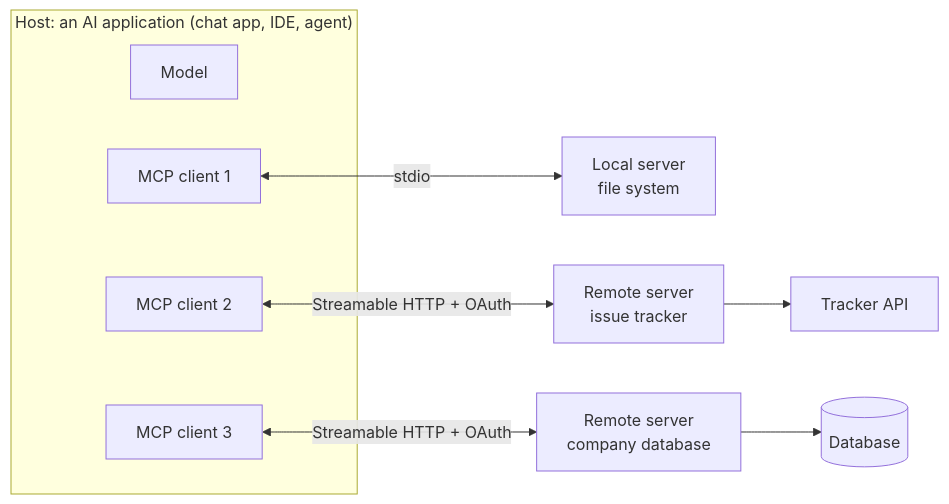
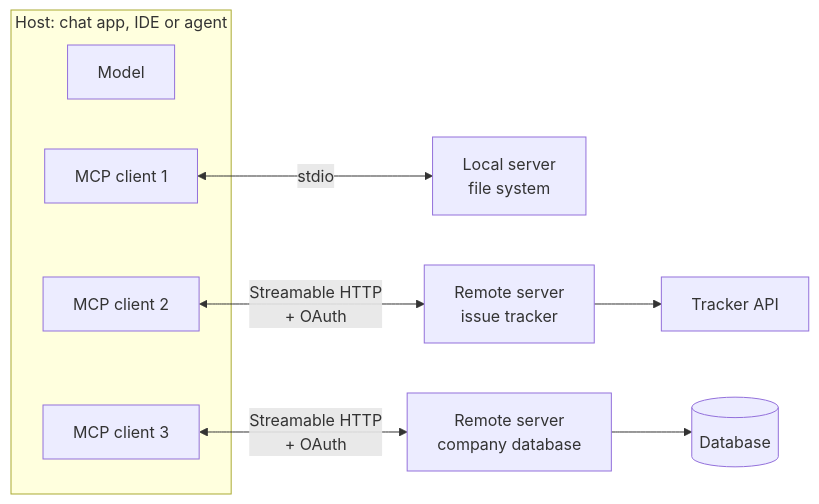
Before and after one commit to rajan-021/AI-ML: the diagram in docs/ai-engineering/mcp.md, drawn with Mermaid. The commit also changed 20 other files, not shown here.

First line of the commit message:
Make diagrams readable at the content width

````diff
--- a/docs/ai-engineering/mcp.md
+++ b/docs/ai-engineering/mcp.md
@@ -27,14 +27,14 @@
 ```mermaid
 flowchart LR
-    subgraph H["Host: an AI application (chat app, IDE, agent)"]
+    subgraph H["Host: chat app, IDE or agent"]
         LLM["Model"]
         C1["MCP client 1"]
         C2["MCP client 2"]
         C3["MCP client 3"]
     end
     C1 <-->|"stdio"| S1["Local server<br/>file system"]
-    C2 <-->|"Streamable HTTP + OAuth"| S2["Remote server<br/>issue tracker"]
-    C3 <-->|"Streamable HTTP + OAuth"| S3["Remote server<br/>company database"]
+    C2 <-->|"Streamable HTTP<br/>+ OAuth"| S2["Remote server<br/>issue tracker"]
+    C3 <-->|"Streamable HTTP<br/>+ OAuth"| S3["Remote server<br/>company database"]
     S2 --> API["Tracker API"]
     S3 --> DB[("Database")]
 ```
````
